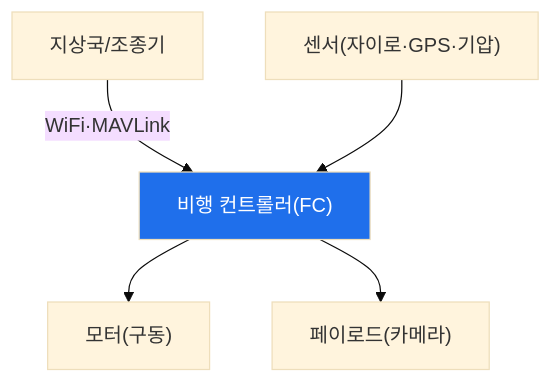
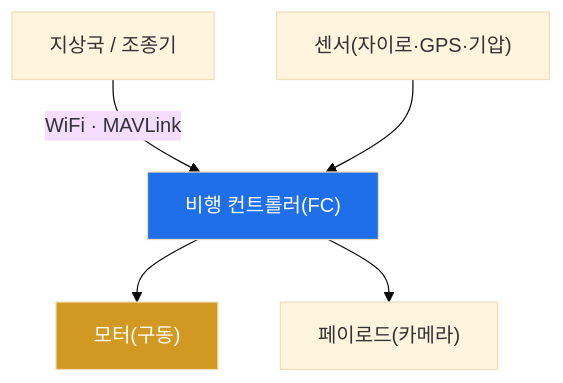
One commit to mrgrit/tw2 changed the diagram in contents/training/autonomous-systems/lecture_week02.md. Above: the diagram before and after it, drawn with Mermaid (base theme). The commit also changed other lines of this file and 1 other file, not shown here.

````diff
--- a/contents/training/autonomous-systems/lecture_week02.md
+++ b/contents/training/autonomous-systems/lecture_week02.md
@@ -53,8 +54,9 @@
 ```mermaid
 graph TD
-    GCS["지상국/조종기"] -->|WiFi·MAVLink| FC["비행 컨트롤러(FC)"]
+    GCS["지상국 / 조종기"] -->|"WiFi · MAVLink"| FC["비행 컨트롤러(FC)"]
     S["센서(자이로·GPS·기압)"] --> FC
     FC --> M["모터(구동)"]
     FC --> P["페이로드(카메라)"]
     style FC fill:#1f6feb,color:#fff
+    style M fill:#d29922,color:#fff
 ```
````
